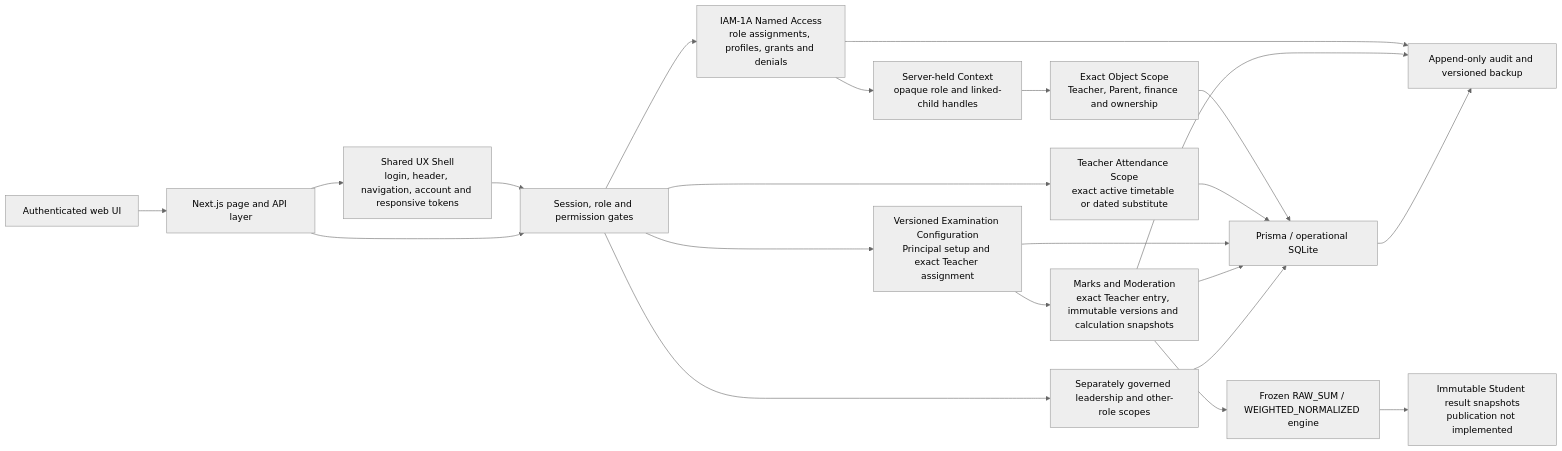
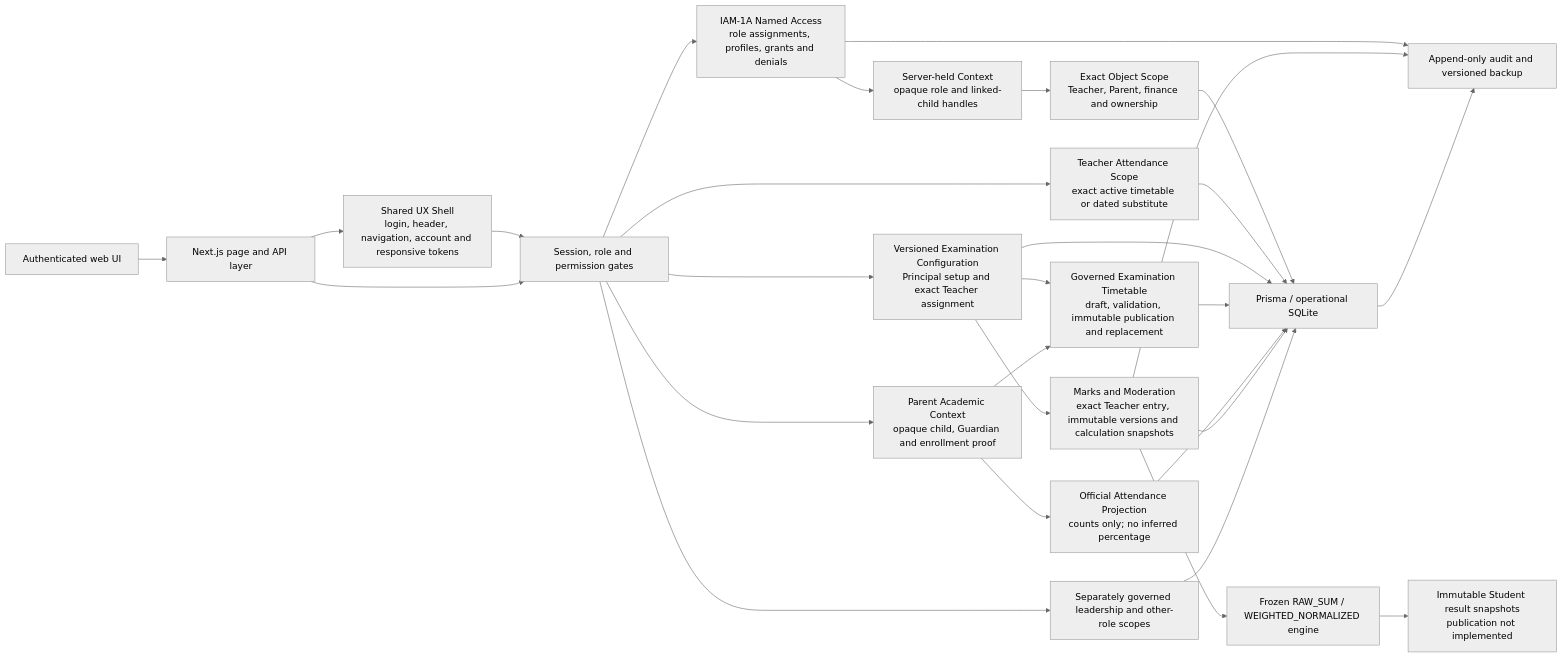
Before and after one commit to vsairohith67/nalanda-school-erp: the diagram in docs/diagrams/master-architecture.mmd, drawn with Mermaid (neutral theme). The commit also changed 56 other files, not shown here.

Commit message:
feat: add parent attendance and exam timetables

```diff
--- a/docs/diagrams/master-architecture.mmd
+++ b/docs/diagrams/master-architecture.mmd
@@ -1,22 +1,28 @@
 flowchart LR
   UI["Authenticated web UI"] --> APP["Next.js page and API layer"]
   APP --> UX["Shared UX Shell\nlogin, header, navigation, account and responsive tokens"]
   UX --> AUTH
   APP --> AUTH["Session, role and permission gates"]
   AUTH --> IAM["IAM-1A Named Access\nrole assignments, profiles, grants and denials"]
   IAM --> CTX["Server-held Context\nopaque role and linked-child handles"]
   CTX --> SCOPE["Exact Object Scope\nTeacher, Parent, finance and ownership"]
   IAM --> AUDIT
   SCOPE --> DATA
   AUTH --> TAS["Teacher Attendance Scope\nexact active timetable or dated substitute"]
   AUTH --> EXAM["Versioned Examination Configuration\nPrincipal setup and exact Teacher assignment"]
+  AUTH --> PARENT23D["Parent Academic Context\nopaque child, Guardian and enrollment proof"]
   AUTH --> GOV["Separately governed leadership and other-role scopes"]
   TAS --> DATA["Prisma / operational SQLite"]
   EXAM --> DATA
+  EXAM --> EXAMTIME["Governed Examination Timetable\ndraft, validation, immutable publication and replacement"]
+  EXAMTIME --> DATA
+  PARENT23D --> ATTENDVIEW["Official Attendance Projection\ncounts only; no inferred percentage"]
+  PARENT23D --> EXAMTIME
+  ATTENDVIEW --> DATA
   EXAM --> MARKS["Marks and Moderation\nexact Teacher entry, immutable versions and calculation snapshots"]
   MARKS --> DATA
   MARKS --> CALC["Frozen RAW_SUM / WEIGHTED_NORMALIZED engine"]
   CALC --> SNAP["Immutable Student result snapshots\npublication not implemented"]
   MARKS --> AUDIT
   GOV --> DATA
   DATA --> AUDIT["Append-only audit and versioned backup"]
```
